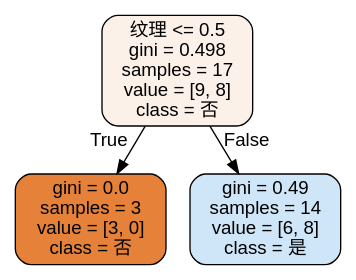
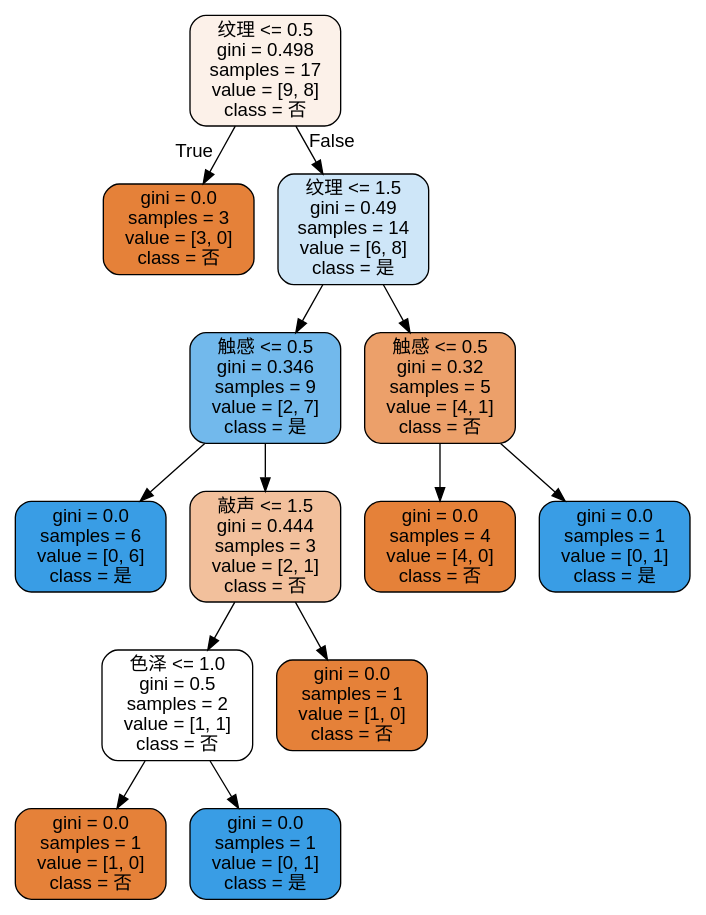
Before and after one commit to Gabenoob/SecML: the diagram in 实验四-决策树/tree.dot, drawn with Graphviz. The commit also changed 8 other files, not shown here.

```diff
--- a/实验四-决策树/tree.dot
+++ b/实验四-决策树/tree.dot
@@ -1,9 +1,29 @@
 digraph Tree {
 node [shape=box, style="filled, rounded", color="black", fontname="helvetica"] ;
 edge [fontname="helvetica"] ;
 0 [label="纹理 <= 0.5\ngini = 0.498\nsamples = 17\nvalue = [9, 8]\nclass = 否", fillcolor="#fcf1e9"] ;
 1 [label="gini = 0.0\nsamples = 3\nvalue = [3, 0]\nclass = 否", fillcolor="#e58139"] ;
 0 -> 1 [labeldistance=2.5, labelangle=45, headlabel="True"] ;
-2 [label="gini = 0.49\nsamples = 14\nvalue = [6, 8]\nclass = 是", fillcolor="#cee6f8"] ;
+2 [label="纹理 <= 1.5\ngini = 0.49\nsamples = 14\nvalue = [6, 8]\nclass = 是", fillcolor="#cee6f8"] ;
 0 -> 2 [labeldistance=2.5, labelangle=-45, headlabel="False"] ;
+3 [label="触感 <= 0.5\ngini = 0.346\nsamples = 9\nvalue = [2, 7]\nclass = 是", fillcolor="#72b9ec"] ;
+2 -> 3 ;
+4 [label="gini = 0.0\nsamples = 6\nvalue = [0, 6]\nclass = 是", fillcolor="#399de5"] ;
+3 -> 4 ;
+5 [label="敲声 <= 1.5\ngini = 0.444\nsamples = 3\nvalue = [2, 1]\nclass = 否", fillcolor="#f2c09c"] ;
+3 -> 5 ;
+6 [label="色泽 <= 1.0\ngini = 0.5\nsamples = 2\nvalue = [1, 1]\nclass = 否", fillcolor="#ffffff"] ;
+5 -> 6 ;
+7 [label="gini = 0.0\nsamples = 1\nvalue = [1, 0]\nclass = 否", fillcolor="#e58139"] ;
+6 -> 7 ;
+8 [label="gini = 0.0\nsamples = 1\nvalue = [0, 1]\nclass = 是", fillcolor="#399de5"] ;
+6 -> 8 ;
+9 [label="gini = 0.0\nsamples = 1\nvalue = [1, 0]\nclass = 否", fillcolor="#e58139"] ;
+5 -> 9 ;
+10 [label="触感 <= 0.5\ngini = 0.32\nsamples = 5\nvalue = [4, 1]\nclass = 否", fillcolor="#eca06a"] ;
+2 -> 10 ;
+11 [label="gini = 0.0\nsamples = 4\nvalue = [4, 0]\nclass = 否", fillcolor="#e58139"] ;
+10 -> 11 ;
+12 [label="gini = 0.0\nsamples = 1\nvalue = [0, 1]\nclass = 是", fillcolor="#399de5"] ;
+10 -> 12 ;
 }
```
